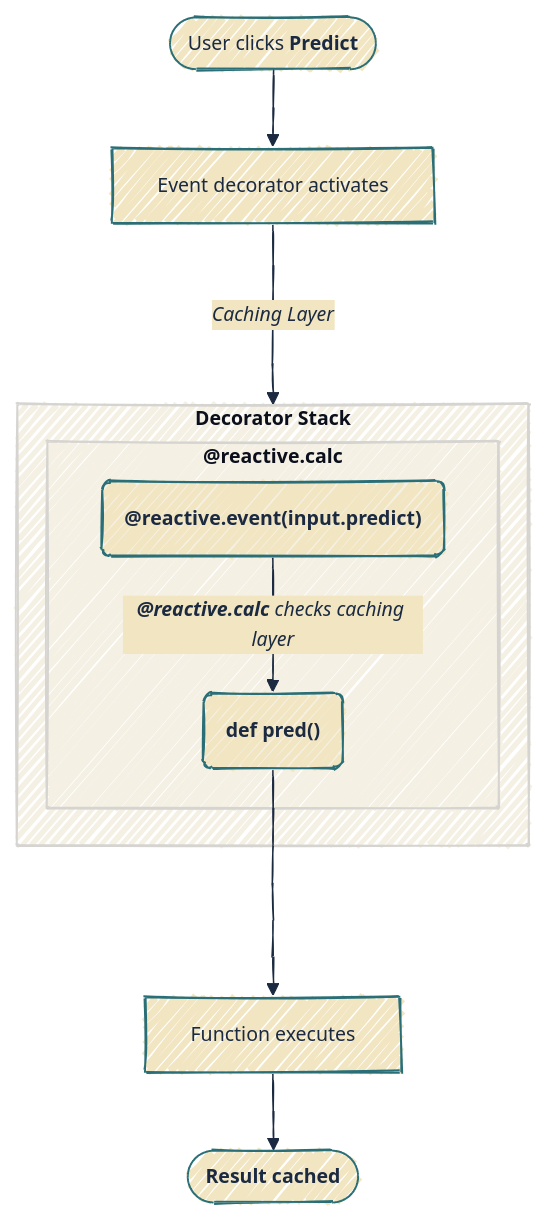
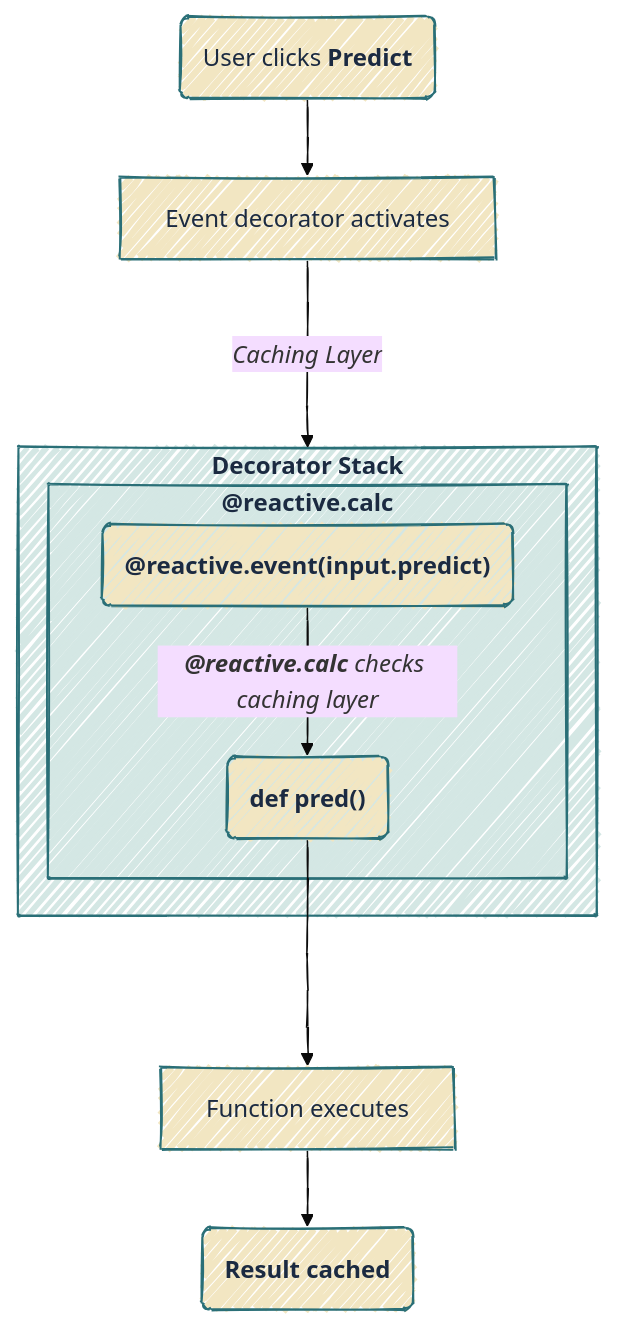
Before and after one commit to mjfrigaard/do4ds-labs: the sixth of 15 diagrams in app-log-py.qmd, drawn with Mermaid. The commit also changed other lines of this file and 37 other files, not shown here.

Commit message:
updates to mermaid

````diff
--- a/app-log-py.qmd
+++ b/app-log-py.qmd
@@ -639,29 +655,32 @@
 ```{mermaid}
 %%| fig-cap: 'Predicted Values'
 %%| fig-width: 7.0
 %%| fig-align: center
-%%{init: {'theme': 'base', 'look': 'handDrawn', 'themeVariables': { 'fontFamily': 'monospace', 'fontSize':'13px', 'primaryColor': '#F2E6C2', 'primaryBorderColor': '#2A6F77', 'primaryTextColor': '#1B2A41', 'secondaryColor': '#d4e7e4', 'tertiaryColor': '#f5f0e4', 'lineColor': '#1B2A41', 'edgeLabelBackground': '#F2E6C2'}}}%%
+%%{init: {'theme': 'base', 'look': 'handDrawn', 'themeVariables': {'fontFamily': 'monospace'}}}%%
 
 graph TD
     subgraph Dec["<strong>Decorator Stack</strong>"]
         subgraph CalcDec["<strong>@reactive.calc</strong>"]
             Event("<strong>@reactive.event(input.predict)</strong>")
             Function("<strong>def pred()</strong>")
             Event --"<em><strong>@reactive.calc</strong> checks caching layer</em>"--> Function
         end
     end
     
 
-        ButtonClick(["User clicks <strong>Predict</strong>"])
+        ButtonClick("User clicks <strong>Predict</strong>")
         EventTrigger[Event decorator activates]
         ExecuteFunction[Function executes]
-        CacheResult(["<strong>Result cached</strong>"])
+        CacheResult("<strong>Result cached</strong>")
 
     
 
     ButtonClick --> EventTrigger
     EventTrigger --"<em>Caching Layer</em>"---> CalcDec
     Function ---> ExecuteFunction
     ExecuteFunction --> CacheResult
+    classDef default fill:#F2E6C2,stroke:#2A6F77,color:#1B2A41
+    style Dec fill:#d4e7e4,stroke:#2A6F77,color:#1B2A41
+    style CalcDec fill:#d4e7e4,stroke:#2A6F77,color:#1B2A41
 
 ```
````
